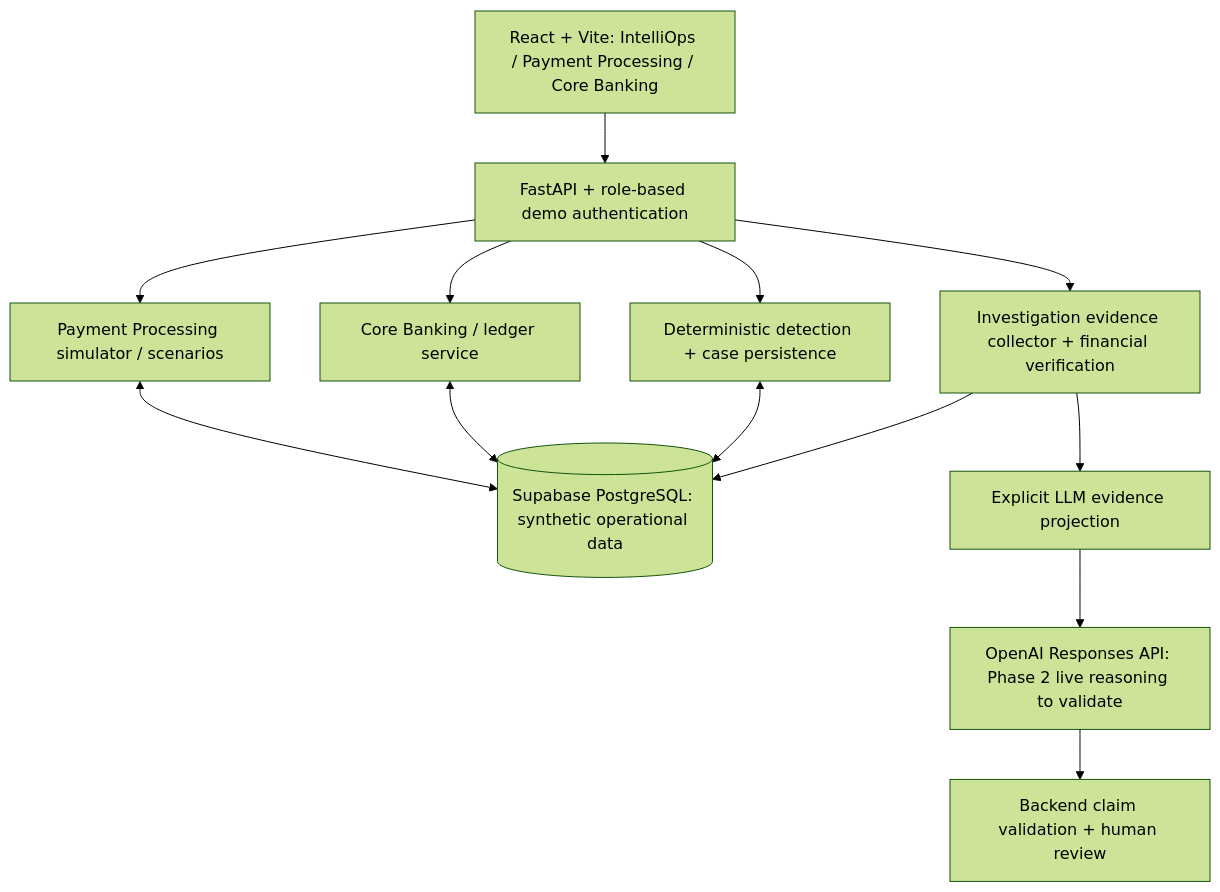
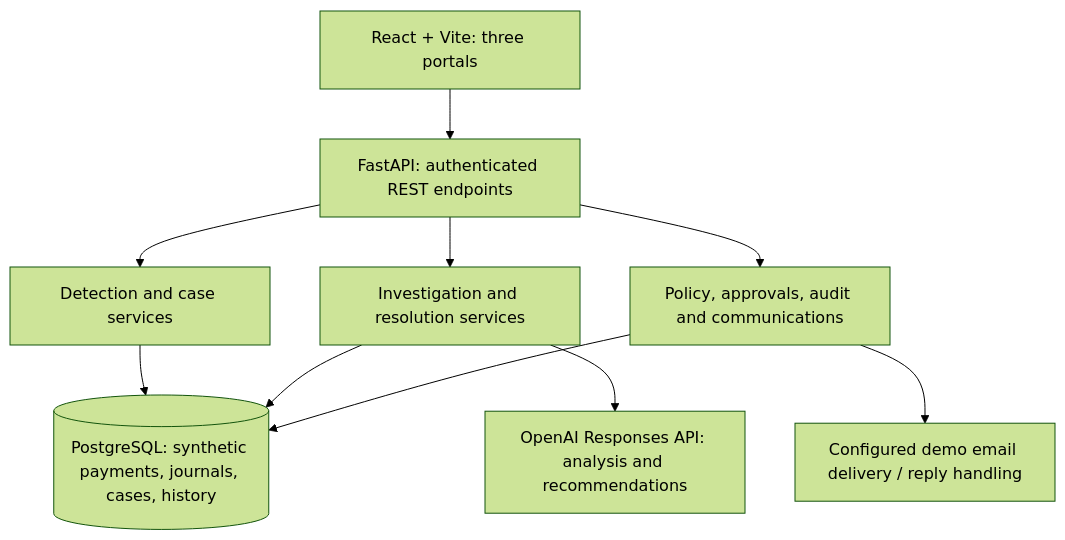
Before and after one commit to PhyuSinMyat/OCBC-IntelliOps: the second of 2 diagrams in README.md, drawn with Mermaid (forest theme). The commit also changed other lines of this file and 2 other files, not shown here.

````diff
--- a/README.md
+++ b/README.md
@@ -72,25 +115,12 @@
 ```mermaid
-flowchart TD
-    UI[React + Vite: IntelliOps / Payment Processing / Core Banking]
-    API[FastAPI + role-based demo authentication]
-    PAY[Payment Processing simulator / scenarios]
-    LED[Core Banking / ledger service]
-    DET[Deterministic detection + case persistence]
-    EVID[Investigation evidence collector + financial verification]
-    PROJ[Explicit LLM evidence projection]
-    LLM[OpenAI Responses API: Phase 2 live reasoning to validate]
-    REVIEW[Backend claim validation + human review]
-    DB[(Supabase PostgreSQL: synthetic operational data)]
-    UI --> API
-    API --> PAY
-    API --> LED
-    API --> DET
-    API --> EVID
-    PAY <--> DB
-    LED <--> DB
-    DET <--> DB
-    EVID --> DB
-    EVID --> PROJ
-    PROJ --> LLM
-    LLM --> REVIEW
+flowchart TB
+    UI["React + Vite: three portals"] --> API["FastAPI: authenticated REST endpoints"]
+    API --> DET["Detection and case services"]
+    API --> INV["Investigation and resolution services"]
+    API --> GOV["Policy, approvals, audit and communications"]
+    DET --> DB[("PostgreSQL: synthetic payments, journals, cases, history")]
+    INV --> DB
+    GOV --> DB
+    INV --> LLM["OpenAI Responses API: analysis and recommendations"]
+    GOV --> EMAIL["Configured demo email delivery / reply handling"]
 ```
````
